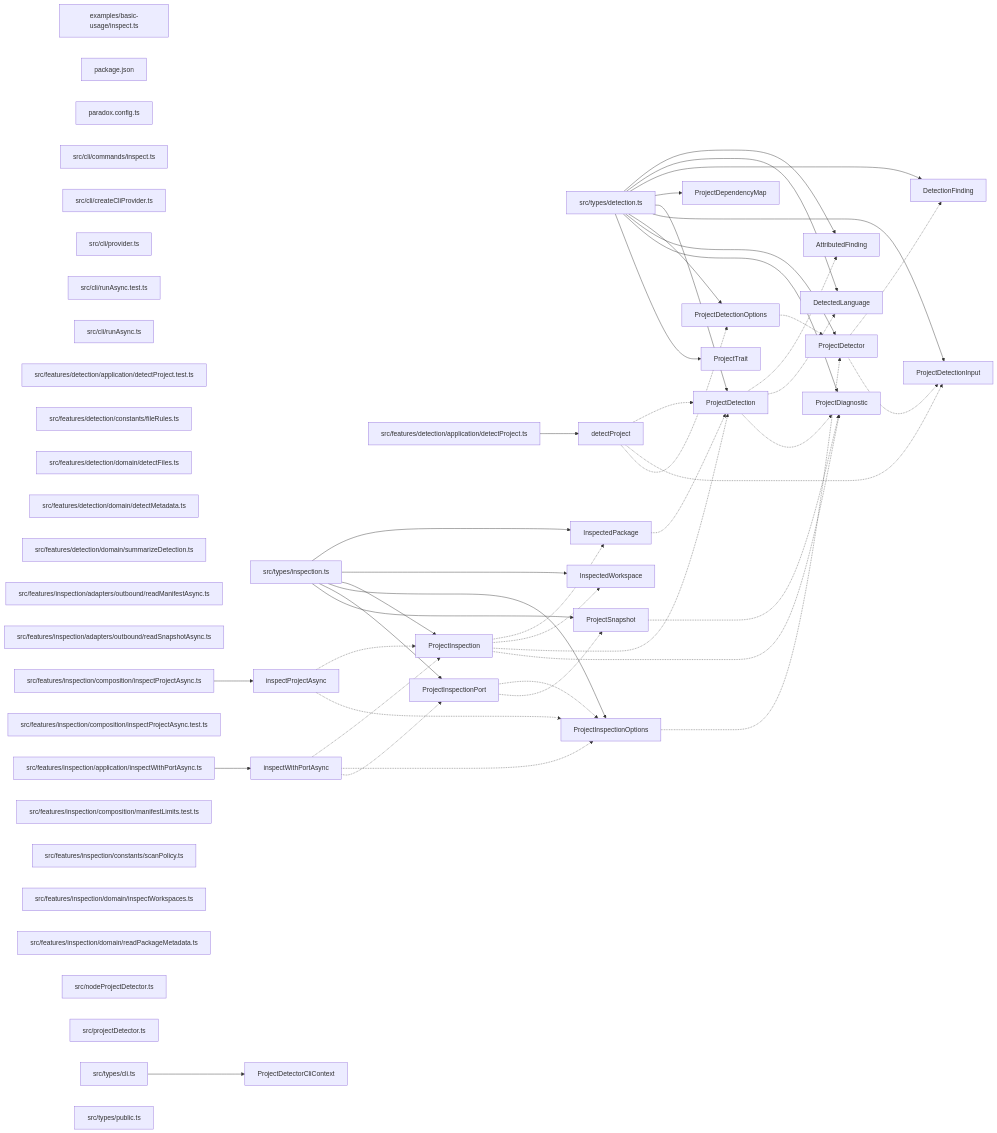
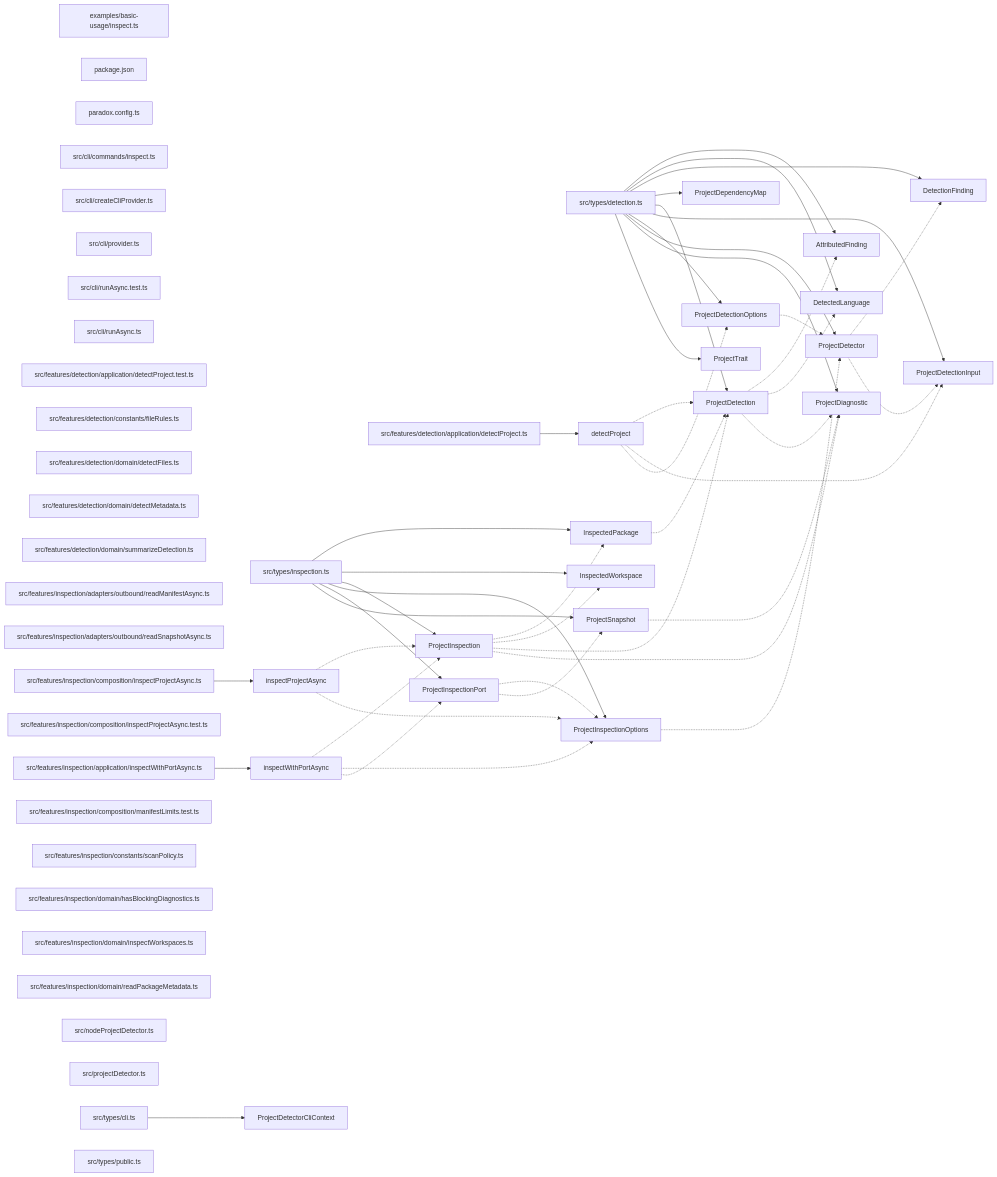
The diagram in paradox/diagrams/export-graph.mmd (ankhorage/project-detector), drawn with Mermaid before and after one commit. The commit also changed 16 other files, not shown here.

```diff
--- a/paradox/diagrams/export-graph.mmd
+++ b/paradox/diagrams/export-graph.mmd
@@ -1,93 +1,94 @@
 graph LR
   module_examples_basic_usage_inspect_ts["examples/basic-usage/inspect.ts"]
   module_package_json["package.json"]
   module_paradox_config_ts["paradox.config.ts"]
   module_src_cli_commands_inspect_ts["src/cli/commands/inspect.ts"]
   module_src_cli_createCliProvider_ts["src/cli/createCliProvider.ts"]
   module_src_cli_provider_ts["src/cli/provider.ts"]
   module_src_cli_runAsync_test_ts["src/cli/runAsync.test.ts"]
   module_src_cli_runAsync_ts["src/cli/runAsync.ts"]
   module_src_features_detection_application_detectProject_test_ts["src/features/detection/application/detectProject.test.ts"]
   module_src_features_detection_application_detectProject_ts["src/features/detection/application/detectProject.ts"]
   module_src_features_detection_constants_fileRules_ts["src/features/detection/constants/fileRules.ts"]
   module_src_features_detection_domain_detectFiles_ts["src/features/detection/domain/detectFiles.ts"]
   module_src_features_detection_domain_detectMetadata_ts["src/features/detection/domain/detectMetadata.ts"]
   module_src_features_detection_domain_summarizeDetection_ts["src/features/detection/domain/summarizeDetection.ts"]
   module_src_features_inspection_adapters_outbound_readManifestAsync_ts["src/features/inspection/adapters/outbound/readManifestAsync.ts"]
   module_src_features_inspection_adapters_outbound_readSnapshotAsync_ts["src/features/inspection/adapters/outbound/readSnapshotAsync.ts"]
   module_src_features_inspection_application_inspectWithPortAsync_ts["src/features/inspection/application/inspectWithPortAsync.ts"]
   module_src_features_inspection_composition_inspectProjectAsync_test_ts["src/features/inspection/composition/inspectProjectAsync.test.ts"]
   module_src_features_inspection_composition_inspectProjectAsync_ts["src/features/inspection/composition/inspectProjectAsync.ts"]
   module_src_features_inspection_composition_manifestLimits_test_ts["src/features/inspection/composition/manifestLimits.test.ts"]
   module_src_features_inspection_constants_scanPolicy_ts["src/features/inspection/constants/scanPolicy.ts"]
+  module_src_features_inspection_domain_hasBlockingDiagnostics_ts["src/features/inspection/domain/hasBlockingDiagnostics.ts"]
   module_src_features_inspection_domain_inspectWorkspaces_ts["src/features/inspection/domain/inspectWorkspaces.ts"]
   module_src_features_inspection_domain_readPackageMetadata_ts["src/features/inspection/domain/readPackageMetadata.ts"]
   module_src_nodeProjectDetector_ts["src/nodeProjectDetector.ts"]
   module_src_projectDetector_ts["src/projectDetector.ts"]
   module_src_types_cli_ts["src/types/cli.ts"]
   module_src_types_detection_ts["src/types/detection.ts"]
   module_src_types_inspection_ts["src/types/inspection.ts"]
   module_src_types_public_ts["src/types/public.ts"]
   export_AttributedFinding["AttributedFinding"]
   module_src_types_detection_ts --> export_AttributedFinding
   export_DetectedLanguage["DetectedLanguage"]
   module_src_types_detection_ts --> export_DetectedLanguage
   export_DetectionFinding["DetectionFinding"]
   module_src_types_detection_ts --> export_DetectionFinding
   export_detectProject["detectProject"]
   module_src_features_detection_application_detectProject_ts --> export_detectProject
   export_detectProject -.-> export_ProjectDetection
   export_detectProject -.-> export_ProjectDetectionInput
   export_detectProject -.-> export_ProjectDetectionOptions
   export_InspectedPackage["InspectedPackage"]
   module_src_types_inspection_ts --> export_InspectedPackage
   export_InspectedPackage -.-> export_ProjectDetection
   export_InspectedWorkspace["InspectedWorkspace"]
   module_src_types_inspection_ts --> export_InspectedWorkspace
   export_inspectProjectAsync["inspectProjectAsync"]
   module_src_features_inspection_composition_inspectProjectAsync_ts --> export_inspectProjectAsync
   export_inspectProjectAsync -.-> export_ProjectInspection
   export_inspectProjectAsync -.-> export_ProjectInspectionOptions
   export_inspectWithPortAsync["inspectWithPortAsync"]
   module_src_features_inspection_application_inspectWithPortAsync_ts --> export_inspectWithPortAsync
   export_inspectWithPortAsync -.-> export_ProjectInspection
   export_inspectWithPortAsync -.-> export_ProjectInspectionOptions
   export_inspectWithPortAsync -.-> export_ProjectInspectionPort
   export_ProjectDependencyMap["ProjectDependencyMap"]
   module_src_types_detection_ts --> export_ProjectDependencyMap
   export_ProjectDetection["ProjectDetection"]
   module_src_types_detection_ts --> export_ProjectDetection
   export_ProjectDetection -.-> export_AttributedFinding
   export_ProjectDetection -.-> export_DetectedLanguage
   export_ProjectDetection -.-> export_ProjectDiagnostic
   export_ProjectDetectionInput["ProjectDetectionInput"]
   module_src_types_detection_ts --> export_ProjectDetectionInput
   export_ProjectDetectionOptions["ProjectDetectionOptions"]
   module_src_types_detection_ts --> export_ProjectDetectionOptions
   export_ProjectDetectionOptions -.-> export_ProjectDetector
   export_ProjectDetector["ProjectDetector"]
   module_src_types_detection_ts --> export_ProjectDetector
   export_ProjectDetector -.-> export_DetectionFinding
   export_ProjectDetector -.-> export_ProjectDetectionInput
   export_ProjectDetectorCliContext["ProjectDetectorCliContext"]
   module_src_types_cli_ts --> export_ProjectDetectorCliContext
   export_ProjectDiagnostic["ProjectDiagnostic"]
   module_src_types_detection_ts --> export_ProjectDiagnostic
   export_ProjectInspection["ProjectInspection"]
   module_src_types_inspection_ts --> export_ProjectInspection
   export_ProjectInspection -.-> export_InspectedPackage
   export_ProjectInspection -.-> export_InspectedWorkspace
   export_ProjectInspection -.-> export_ProjectDetection
   export_ProjectInspection -.-> export_ProjectDiagnostic
   export_ProjectInspectionOptions["ProjectInspectionOptions"]
   module_src_types_inspection_ts --> export_ProjectInspectionOptions
   export_ProjectInspectionOptions -.-> export_ProjectDetector
   export_ProjectInspectionPort["ProjectInspectionPort"]
   module_src_types_inspection_ts --> export_ProjectInspectionPort
   export_ProjectInspectionPort -.-> export_ProjectInspectionOptions
   export_ProjectInspectionPort -.-> export_ProjectSnapshot
   export_ProjectSnapshot["ProjectSnapshot"]
   module_src_types_inspection_ts --> export_ProjectSnapshot
   export_ProjectSnapshot -.-> export_ProjectDiagnostic
   export_ProjectTrait["ProjectTrait"]
   module_src_types_detection_ts --> export_ProjectTrait
```
